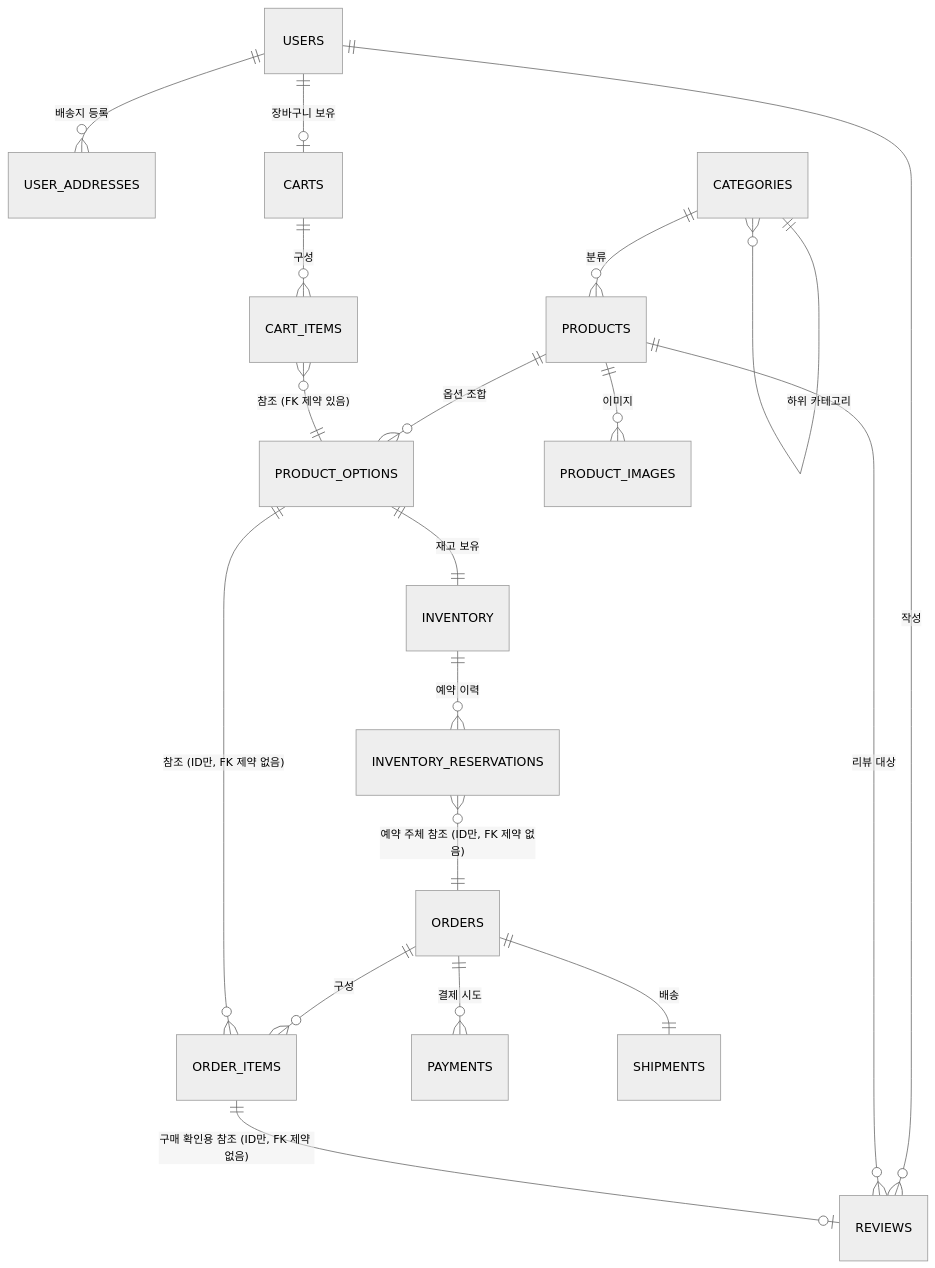
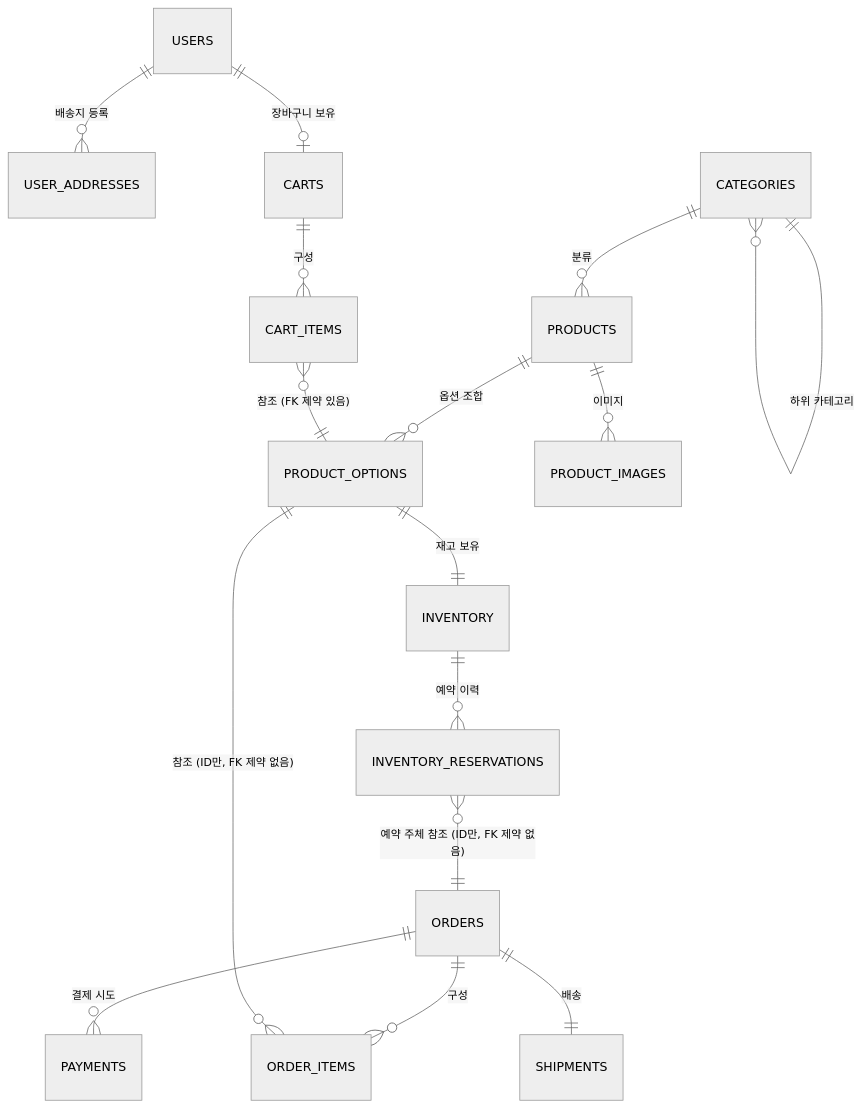
Before and after one commit to BenJLeeKR/ecommerce_system: the diagram in docs/02_design/04_database/database-design.md, drawn with Mermaid (neutral theme). The commit also changed other lines of this file and 4 other files, not shown here.

````diff
--- a/docs/02_design/04_database/database-design.md
+++ b/docs/02_design/04_database/database-design.md
@@ -49,24 +48,21 @@
 ```mermaid
 erDiagram
     USERS ||--o{ USER_ADDRESSES : "배송지 등록"
     USERS ||--o| CARTS : "장바구니 보유"
-    USERS ||--o{ REVIEWS : "작성"
 
     CATEGORIES ||--o{ CATEGORIES : "하위 카테고리"
     CATEGORIES ||--o{ PRODUCTS : "분류"
     PRODUCTS ||--o{ PRODUCT_OPTIONS : "옵션 조합"
     PRODUCTS ||--o{ PRODUCT_IMAGES : "이미지"
-    PRODUCTS ||--o{ REVIEWS : "리뷰 대상"
     PRODUCT_OPTIONS ||--|| INVENTORY : "재고 보유"
     INVENTORY ||--o{ INVENTORY_RESERVATIONS : "예약 이력"
 
     CARTS ||--o{ CART_ITEMS : "구성"
     CART_ITEMS }o--|| PRODUCT_OPTIONS : "참조 (FK 제약 있음)"
 
     ORDERS ||--o{ ORDER_ITEMS : "구성"
     ORDER_ITEMS }o--|| PRODUCT_OPTIONS : "참조 (ID만, FK 제약 없음)"
     ORDERS ||--o{ PAYMENTS : "결제 시도"
     ORDERS ||--|| SHIPMENTS : "배송"
-    ORDER_ITEMS ||--o| REVIEWS : "구매 확인용 참조 (ID만, FK 제약 없음)"
     INVENTORY_RESERVATIONS }o--|| ORDERS : "예약 주체 참조 (ID만, FK 제약 없음)"
 ```
````
